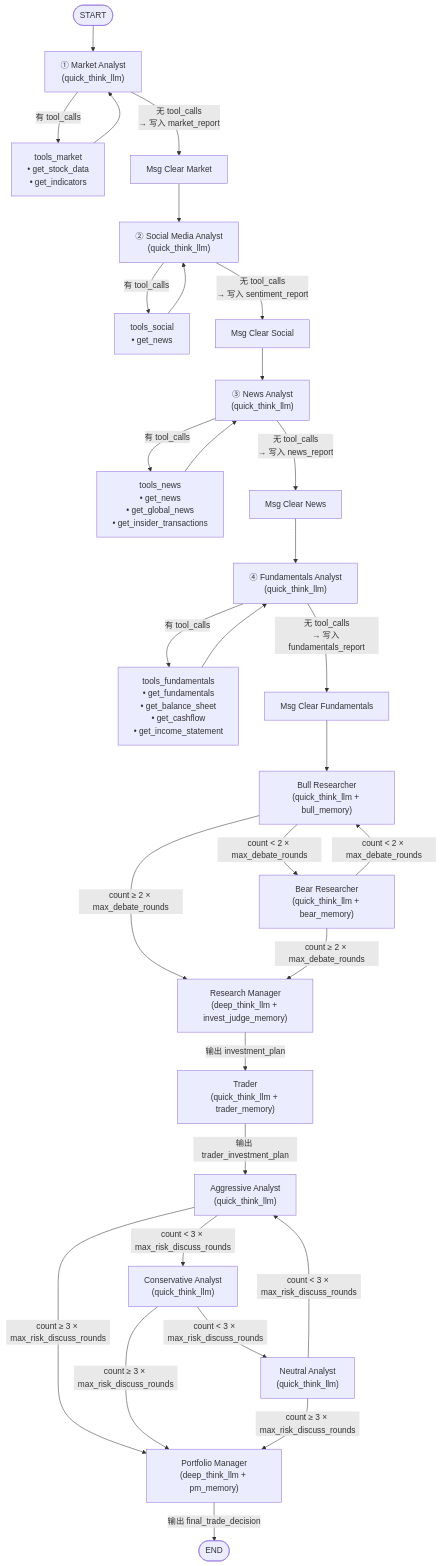
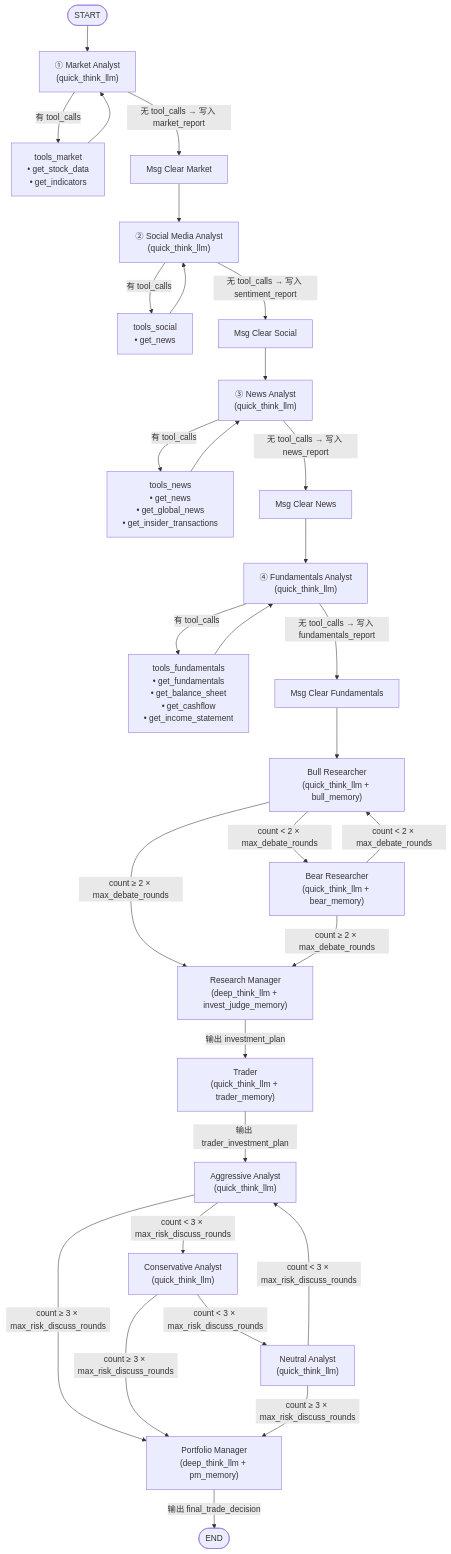
Before and after one commit to Handshakeworm/TradeHive: the first of 2 diagrams in SINGLE_AGENT_DESIGN.md, drawn with Mermaid. The commit also changed other lines of this file and 1 other file, not shown here.

````diff
--- a/SINGLE_AGENT_DESIGN.md
+++ b/SINGLE_AGENT_DESIGN.md
@@ -111,52 +101,52 @@
 ```mermaid
 flowchart TD
     START([START])
 
     %% ===== 第一阶段：分析师串行 =====
-    START --> MA["① Market Analyst\n(quick_think_llm)"]
-    MA -->|有 tool_calls| TM["tools_market\n• get_stock_data\n• get_indicators"]
+    START --> MA["① Market Analyst<br/>(quick_think_llm)"]
+    MA -->|有 tool_calls| TM["tools_market<br/>• get_stock_data<br/>• get_indicators"]
     TM --> MA
-    MA -->|"无 tool_calls\n→ 写入 market_report"| MC1["Msg Clear Market"]
+    MA -->|"无 tool_calls → 写入 market_report"| MC1["Msg Clear Market"]
 
-    MC1 --> SA["② Social Media Analyst\n(quick_think_llm)"]
-    SA -->|有 tool_calls| TS["tools_social\n• get_news"]
+    MC1 --> SA["② Social Media Analyst<br/>(quick_think_llm)"]
+    SA -->|有 tool_calls| TS["tools_social<br/>• get_news"]
     TS --> SA
-    SA -->|"无 tool_calls\n→ 写入 sentiment_report"| MC2["Msg Clear Social"]
+    SA -->|"无 tool_calls → 写入 sentiment_report"| MC2["Msg Clear Social"]
 
-    MC2 --> NA["③ News Analyst\n(quick_think_llm)"]
-    NA -->|有 tool_calls| TN["tools_news\n• get_news\n• get_global_news\n• get_insider_transactions"]
+    MC2 --> NA["③ News Analyst<br/>(quick_think_llm)"]
+    NA -->|有 tool_calls| TN["tools_news<br/>• get_news<br/>• get_global_news<br/>• get_insider_transactions"]
     TN --> NA
-    NA -->|"无 tool_calls\n→ 写入 news_report"| MC3["Msg Clear News"]
+    NA -->|"无 tool_calls → 写入 news_report"| MC3["Msg Clear News"]
 
-    MC3 --> FA["④ Fundamentals Analyst\n(quick_think_llm)"]
-    FA -->|有 tool_calls| TF["tools_fundamentals\n• get_fundamentals\n• get_balance_sheet\n• get_cashflow\n• get_income_statement"]
+    MC3 --> FA["④ Fundamentals Analyst<br/>(quick_think_llm)"]
+    FA -->|有 tool_calls| TF["tools_fundamentals<br/>• get_fundamentals<br/>• get_balance_sheet<br/>• get_cashflow<br/>• get_income_statement"]
     TF --> FA
-    FA -->|"无 tool_calls\n→ 写入 fundamentals_report"| MC4["Msg Clear Fundamentals"]
+    FA -->|"无 tool_calls → 写入 fundamentals_report"| MC4["Msg Clear Fundamentals"]
 
     %% ===== 第二阶段：投资辩论（无工具） =====
-    MC4 --> Bull["Bull Researcher\n(quick_think_llm + bull_memory)"]
+    MC4 --> Bull["Bull Researcher<br/>(quick_think_llm + bull_memory)"]
 
-    Bull -->|"count < 2 × max_debate_rounds"| Bear["Bear Researcher\n(quick_think_llm + bear_memory)"]
-    Bull -->|"count ≥ 2 × max_debate_rounds"| RM["Research Manager\n(deep_think_llm + invest_judge_memory)"]
+    Bull -->|"count < 2 × max_debate_rounds"| Bear["Bear Researcher<br/>(quick_think_llm + bear_memory)"]
+    Bull -->|"count ≥ 2 × max_debate_rounds"| RM["Research Manager<br/>(deep_think_llm + invest_judge_memory)"]
 
     Bear -->|"count < 2 × max_debate_rounds"| Bull
     Bear -->|"count ≥ 2 × max_debate_rounds"| RM
 
     %% ===== 第三阶段：交易计划（无工具） =====
-    RM -->|"输出 investment_plan"| Trader["Trader\n(quick_think_llm + trader_memory)"]
+    RM -->|"输出 investment_plan"| Trader["Trader<br/>(quick_think_llm + trader_memory)"]
 
     %% ===== 第四阶段：风控辩论（无工具） =====
-    Trader -->|"输出 trader_investment_plan"| Agg["Aggressive Analyst\n(quick_think_llm)"]
+    Trader -->|"输出 trader_investment_plan"| Agg["Aggressive Analyst<br/>(quick_think_llm)"]
 
-    Agg -->|"count < 3 × max_risk_discuss_rounds"| Con["Conservative Analyst\n(quick_think_llm)"]
-    Agg -->|"count ≥ 3 × max_risk_discuss_rounds"| PM["Portfolio Manager\n(deep_think_llm + pm_memory)"]
+    Agg -->|"count < 3 × max_risk_discuss_rounds"| Con["Conservative Analyst<br/>(quick_think_llm)"]
+    Agg -->|"count ≥ 3 × max_risk_discuss_rounds"| PM["Portfolio Manager<br/>(deep_think_llm + pm_memory)"]
 
-    Con -->|"count < 3 × max_risk_discuss_rounds"| Neu["Neutral Analyst\n(quick_think_llm)"]
+    Con -->|"count < 3 × max_risk_discuss_rounds"| Neu["Neutral Analyst<br/>(quick_think_llm)"]
     Con -->|"count ≥ 3 × max_risk_discuss_rounds"| PM
 
     Neu -->|"count < 3 × max_risk_discuss_rounds"| Agg
     Neu -->|"count ≥ 3 × max_risk_discuss_rounds"| PM
 
     %% ===== 输出 =====
     PM -->|"输出 final_trade_decision"| END([END])
 ```
````
